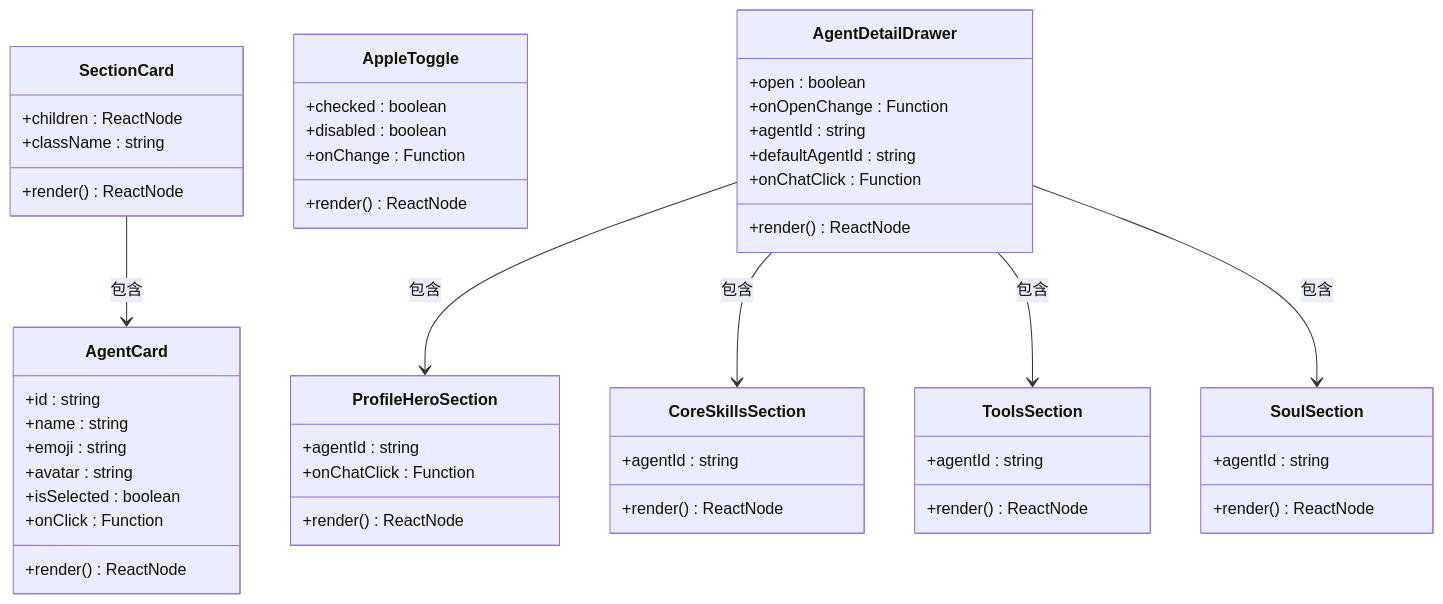
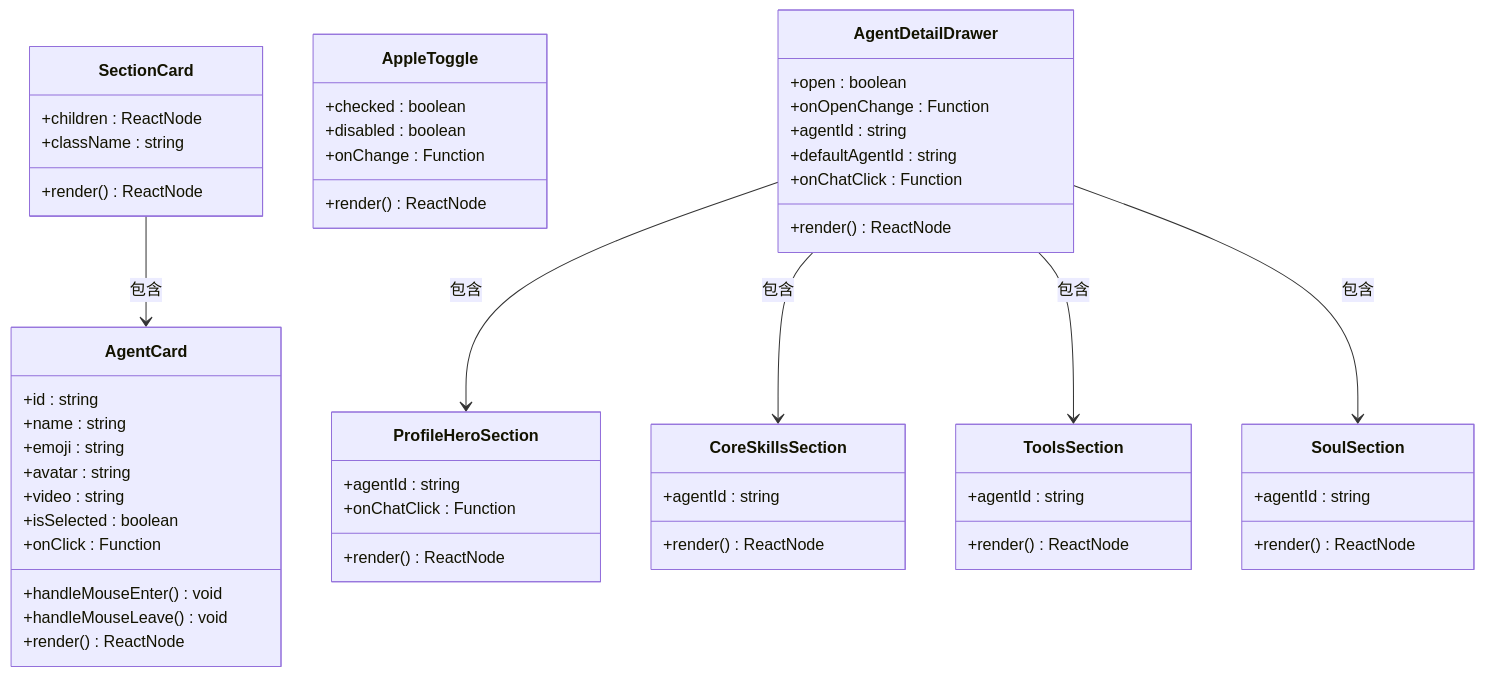
Before and after one commit to verse-ai-org/openclaw: diagram 17 of 51 in .qoder/repowiki/zh/content/Web界面/UI组件系统/UI组件系统.md, drawn with Mermaid. The commit also changed other lines of this file and 27 other files, not shown here.

````diff
--- a/.qoder/repowiki/zh/content/Web界面/UI组件系统/UI组件系统.md
+++ b/.qoder/repowiki/zh/content/Web界面/UI组件系统/UI组件系统.md
@@ -972,53 +975,56 @@
 ```mermaid
 classDiagram
 class SectionCard {
 +children : ReactNode
 +className : string
 +render() ReactNode
 }
 class AppleToggle {
 +checked : boolean
 +disabled : boolean
 +onChange : Function
 +render() ReactNode
 }
 class AgentCard {
 +id : string
 +name : string
 +emoji : string
 +avatar : string
++video : string
 +isSelected : boolean
 +onClick : Function
++handleMouseEnter() void
++handleMouseLeave() void
 +render() ReactNode
 }
 class AgentDetailDrawer {
 +open : boolean
 +onOpenChange : Function
 +agentId : string
 +defaultAgentId : string
 +onChatClick : Function
 +render() ReactNode
 }
 class ProfileHeroSection {
 +agentId : string
 +onChatClick : Function
 +render() ReactNode
 }
 class CoreSkillsSection {
 +agentId : string
 +render() ReactNode
 }
 class ToolsSection {
 +agentId : string
 +render() ReactNode
 }
 class SoulSection {
 +agentId : string
 +render() ReactNode
 }
 SectionCard --> AgentCard : 包含
 AgentDetailDrawer --> ProfileHeroSection : 包含
 AgentDetailDrawer --> CoreSkillsSection : 包含
 AgentDetailDrawer --> ToolsSection : 包含
 AgentDetailDrawer --> SoulSection : 包含
 ```
````
